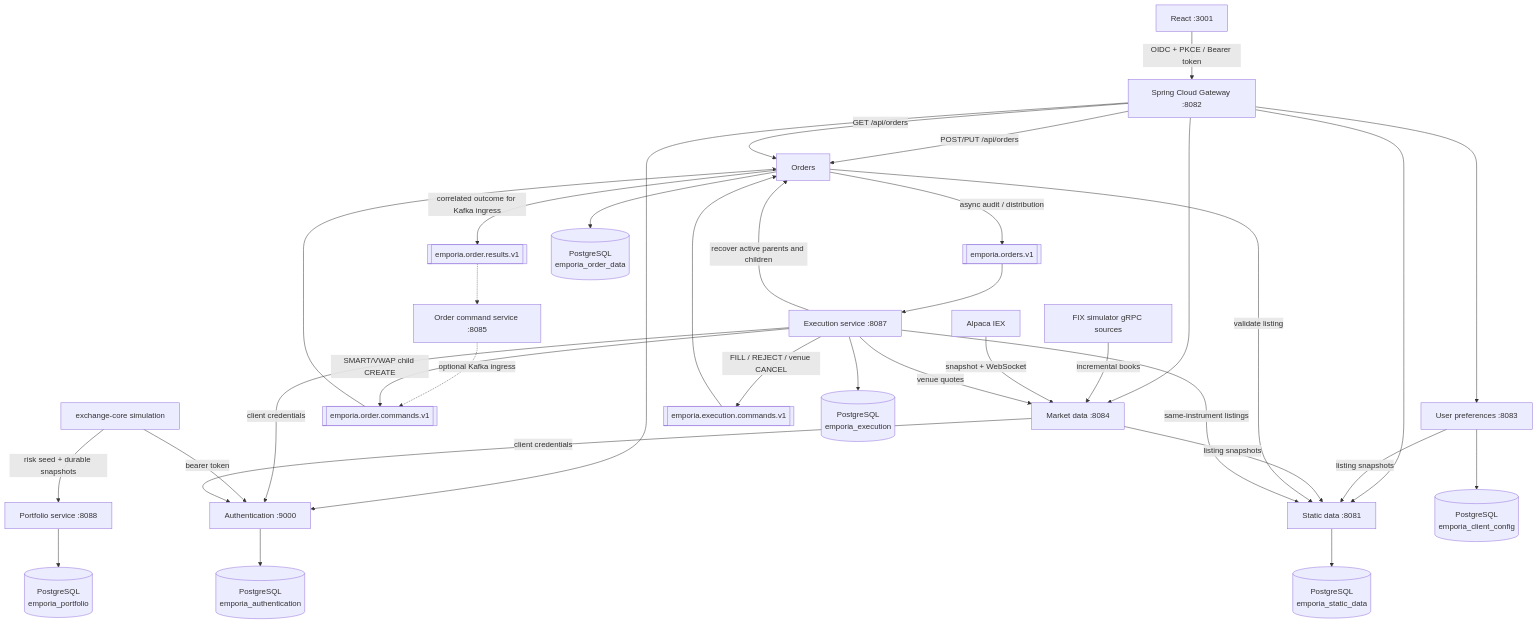
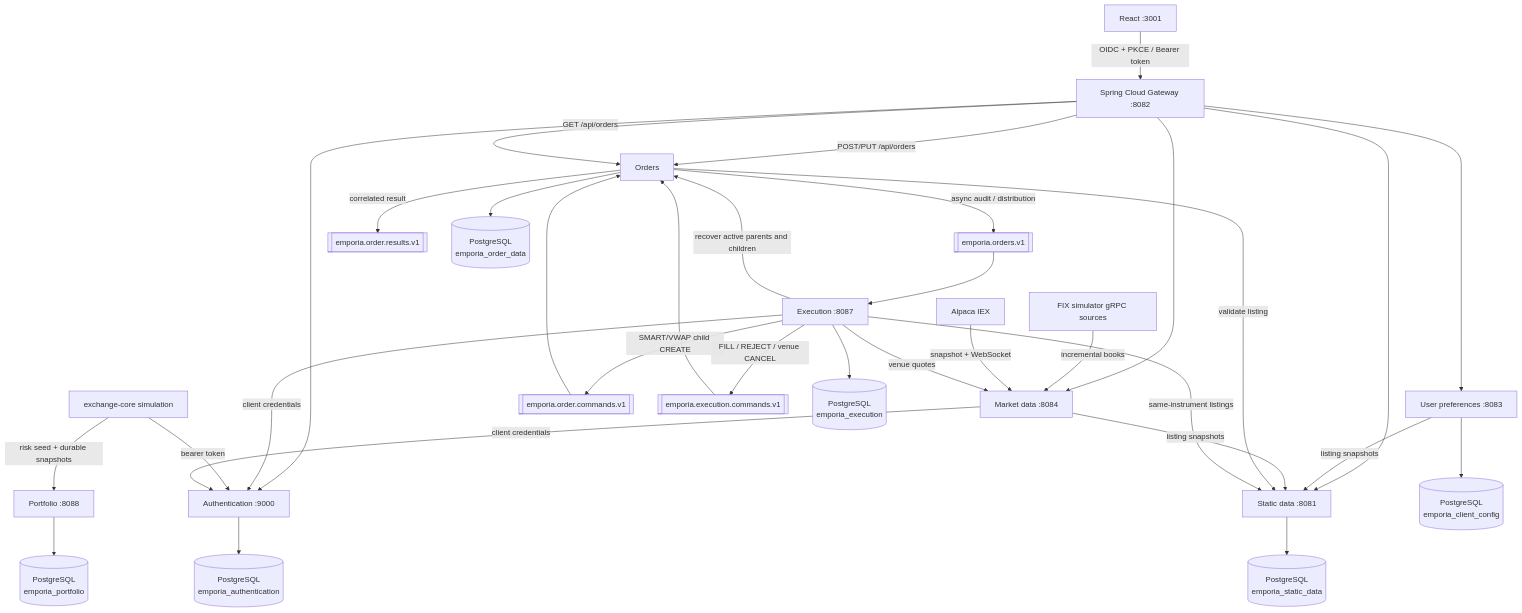
One commit to nvxtien/emporia changed the diagram in README.md. Above: the diagram before and after it, drawn with Mermaid. The commit also changed other lines of this file, not shown here.

First line of the commit message:
Update README: drop order-command, trim -service suffix for readability

````diff
--- a/README.md
+++ b/README.md
@@ -41,40 +40,38 @@
 ```mermaid
 flowchart TD
     Browser[React :3001] -->|OIDC + PKCE / Bearer token| Gateway[Spring Cloud Gateway :8082]
     Gateway --> Auth[Authentication :9000]
     Gateway --> Static[Static data :8081]
     Gateway --> Preferences[User preferences :8083]
     Gateway --> Market[Market data :8084]
     Gateway -->|POST/PUT /api/orders| Orders
     Gateway -->|GET /api/orders| Orders
-    OrderCommands[Order command service :8085] -.->|optional Kafka ingress| Commands[[emporia.order.commands.v1]]
-    Execution[Execution service :8087] -->|client credentials| Auth
-    ExchangeCore[exchange-core simulation] -->|risk seed + durable snapshots| Portfolio[Portfolio service :8088]
+    Execution[Execution :8087] -->|client credentials| Auth
+    ExchangeCore[exchange-core simulation] -->|risk seed + durable snapshots| Portfolio[Portfolio :8088]
     ExchangeCore -->|bearer token| Auth
 
     Preferences -->|listing snapshots| Static
     Market -->|listing snapshots| Static
     Market -->|client credentials| Auth
     Fix[FIX simulator gRPC sources] -->|incremental books| Market
     Alpaca[Alpaca IEX] -->|snapshot + WebSocket| Market
     Orders -->|validate listing| Static
 
     Orders -->|async audit / distribution| OrderLog[[emporia.orders.v1]]
+    Execution -->|SMART/VWAP child CREATE| Commands[[emporia.order.commands.v1]]
     Commands --> Orders
-    Orders -->|correlated outcome for Kafka ingress| Results[[emporia.order.results.v1]]
-    Results -.-> OrderCommands
+    Orders -->|correlated result| Results[[emporia.order.results.v1]]
     OrderLog --> Execution
-    Execution -->|SMART/VWAP child CREATE| Commands
     Execution -->|FILL / REJECT / venue CANCEL| ExecutionCommands[[emporia.execution.commands.v1]]
     ExecutionCommands --> Orders
     Execution -->|recover active parents and children| Orders
     Execution -->|same-instrument listings| Static
     Execution -->|venue quotes| Market
 
     Auth --> AuthDb[(PostgreSQL\nemporia_authentication)]
     Static --> StaticDb[(PostgreSQL\nemporia_static_data)]
     Preferences --> PreferencesDb[(PostgreSQL\nemporia_client_config)]
     Orders --> OrderDb[(PostgreSQL\nemporia_order_data)]
     Execution --> ExecutionDb[(PostgreSQL\nemporia_execution)]
     Portfolio --> PortfolioDb[(PostgreSQL\nemporia_portfolio)]
 ```
````
